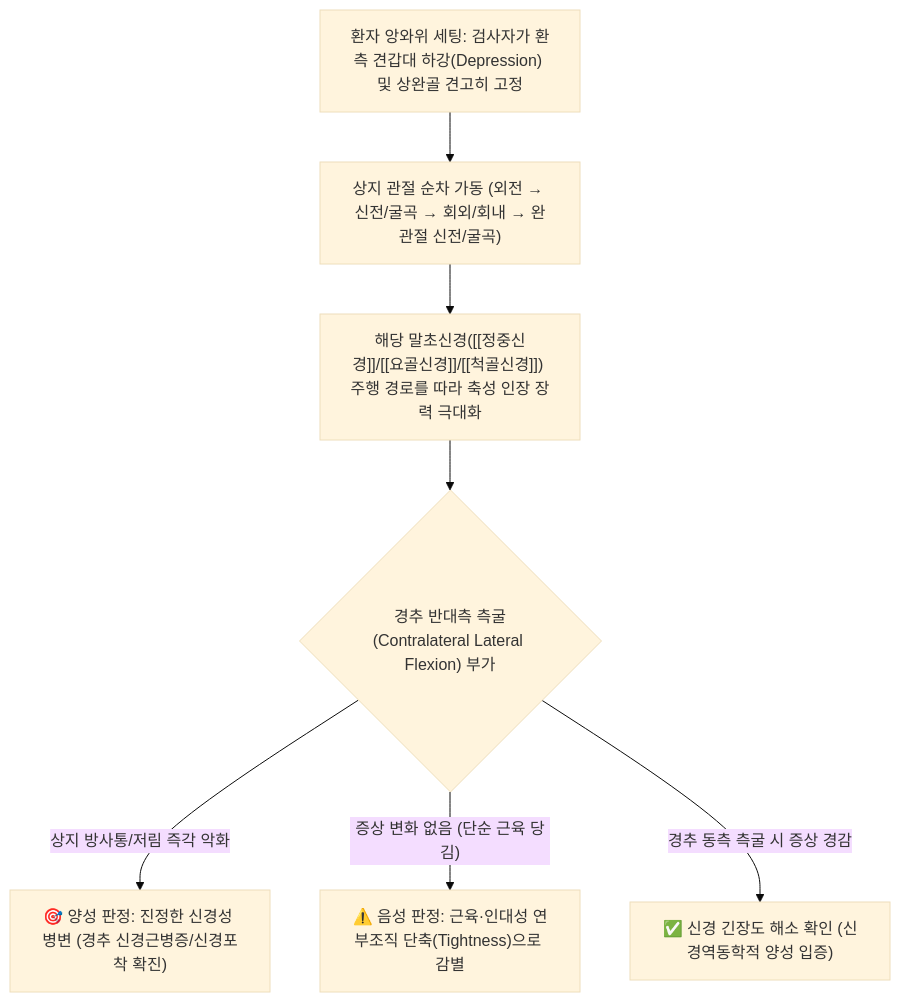
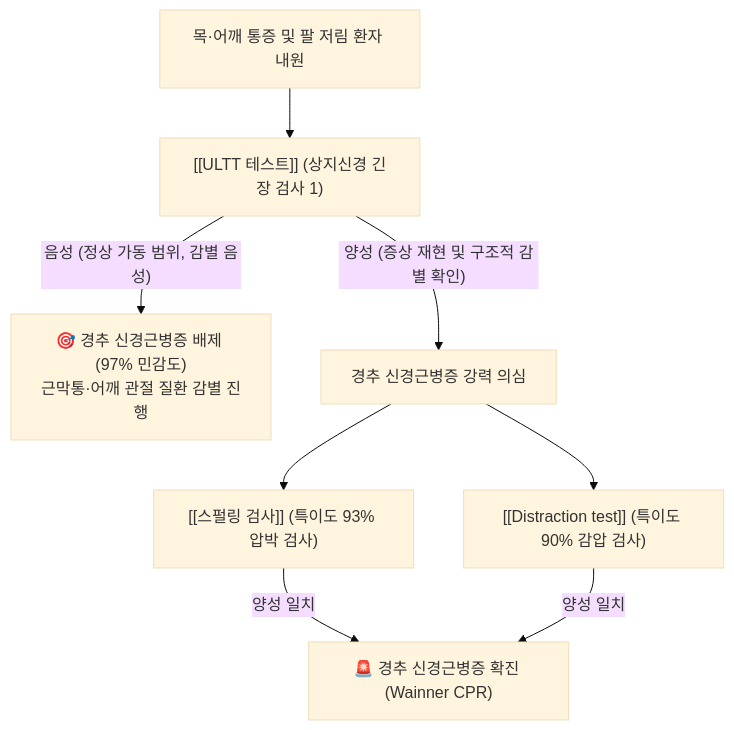
One commit to simbio11/simbio-digital-garden2 changed the second of 2 diagrams in content/1. 근골격계 공부/이학적 검사/01_경추/ULTT 테스트.md. Above: the diagram before and after it, drawn with Mermaid (base theme). The commit also changed other lines of this file and 151 other files, not shown here.

````diff
--- a/content/1. 근골격계 공부/이학적 검사/01_경추/ULTT 테스트.md
+++ b/content/1. 근골격계 공부/이학적 검사/01_경추/ULTT 테스트.md
@@ -63,9 +94,10 @@
 ```mermaid
 graph TD
-    Start["환자 앙와위 세팅: 검사자가 환측 견갑대 하강(Depression) 및 상완골 견고히 고정"] --> Sequence["상지 관절 순차 가동 (외전 → 신전/굴곡 → 회외/회내 → 완관절 신전/굴곡)"]
-    Sequence --> Tension["해당 말초신경([[정중신경]]/[[요골신경]]/[[척골신경]]) 주행 경로를 따라 축성 인장 장력 극대화"]
-    Tension --> DiffRoute{"경추 반대측 측굴(Contralateral Lateral Flexion) 부가"}
-    DiffRoute -- "상지 방사통/저림 즉각 악화" --> TruePos["🎯 양성 판정: 진정한 신경성 병변 (경추 신경근병증/신경포착 확진)"]
-    DiffRoute -- "증상 변화 없음 (단순 근육 당김)" --> FalsePos["⚠️ 음성 판정: 근육·인대성 연부조직 단축(Tightness)으로 감별"]
-    DiffRoute -- "경추 동측 측굴 시 증상 경감" --> Confirm["✅ 신경 긴장도 해소 확인 (신경역동학적 양성 입증)"]
+    Radicular["목·어깨 통증 및 팔 저림 환자 내원"] --> ULTT["[[ULTT 테스트]] (상지신경 긴장 검사 1)"]
+    ULTT -- 음성 (정상 가동 범위, 감별 음성) --> RuleOut["🎯 경추 신경근병증 배제 (97% 민감도)<br>근막통·어깨 관절 질환 감별 진행"]
+    ULTT -- 양성 (증상 재현 및 구조적 감별 확인) --> Confirm["경추 신경근병증 강력 의심"]
+
+    Confirm --> Spurling["[[스펄링 검사]] (특이도 93% 압박 검사)"]
+    Confirm --> Distract["[[Distraction test]] (특이도 90% 감압 검사)"]
+    Spurling & Distract -- 양성 일치 --> FinalDiag["🚨 경추 신경근병증 확진 (Wainner CPR)"]
 ```
````
